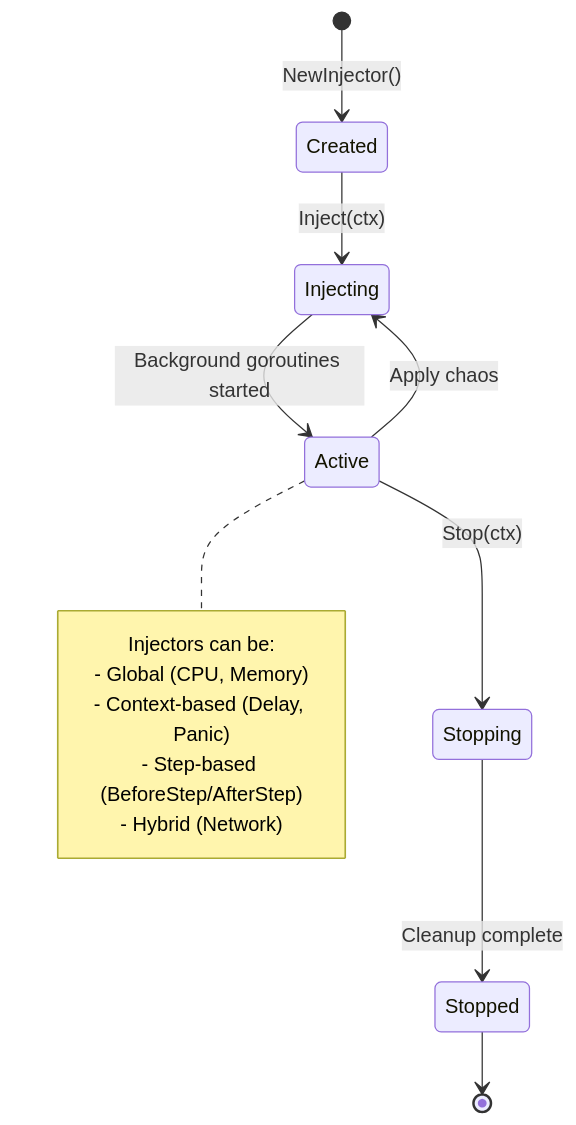
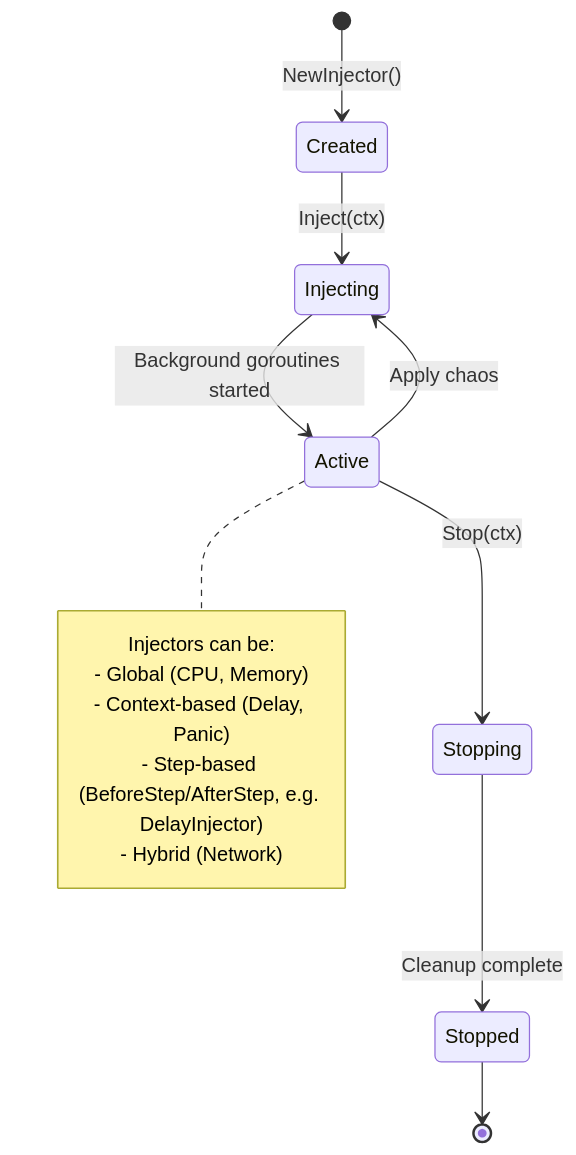
One commit to rom8726/chaoskit changed the fourth of 12 diagrams in ARCHITECTURE.md. Above: the diagram before and after it, drawn with Mermaid. The commit also changed other lines of this file and 5 other files, not shown here.

````diff
--- a/ARCHITECTURE.md
+++ b/ARCHITECTURE.md
@@ -146,18 +146,18 @@
 ```mermaid
 stateDiagram-v2
     [*] --> Created: NewInjector()
     Created --> Injecting: Inject(ctx)
     Injecting --> Active: Background goroutines started
     Active --> Injecting: Apply chaos
     Active --> Stopping: Stop(ctx)
     Stopping --> Stopped: Cleanup complete
     Stopped --> [*]
     
     note right of Active
         Injectors can be:
         - Global (CPU, Memory)
         - Context-based (Delay, Panic)
-        - Step-based (BeforeStep/AfterStep)
+        - Step-based (BeforeStep/AfterStep, e.g. DelayInjector)
         - Hybrid (Network)
     end note
 ```
````
